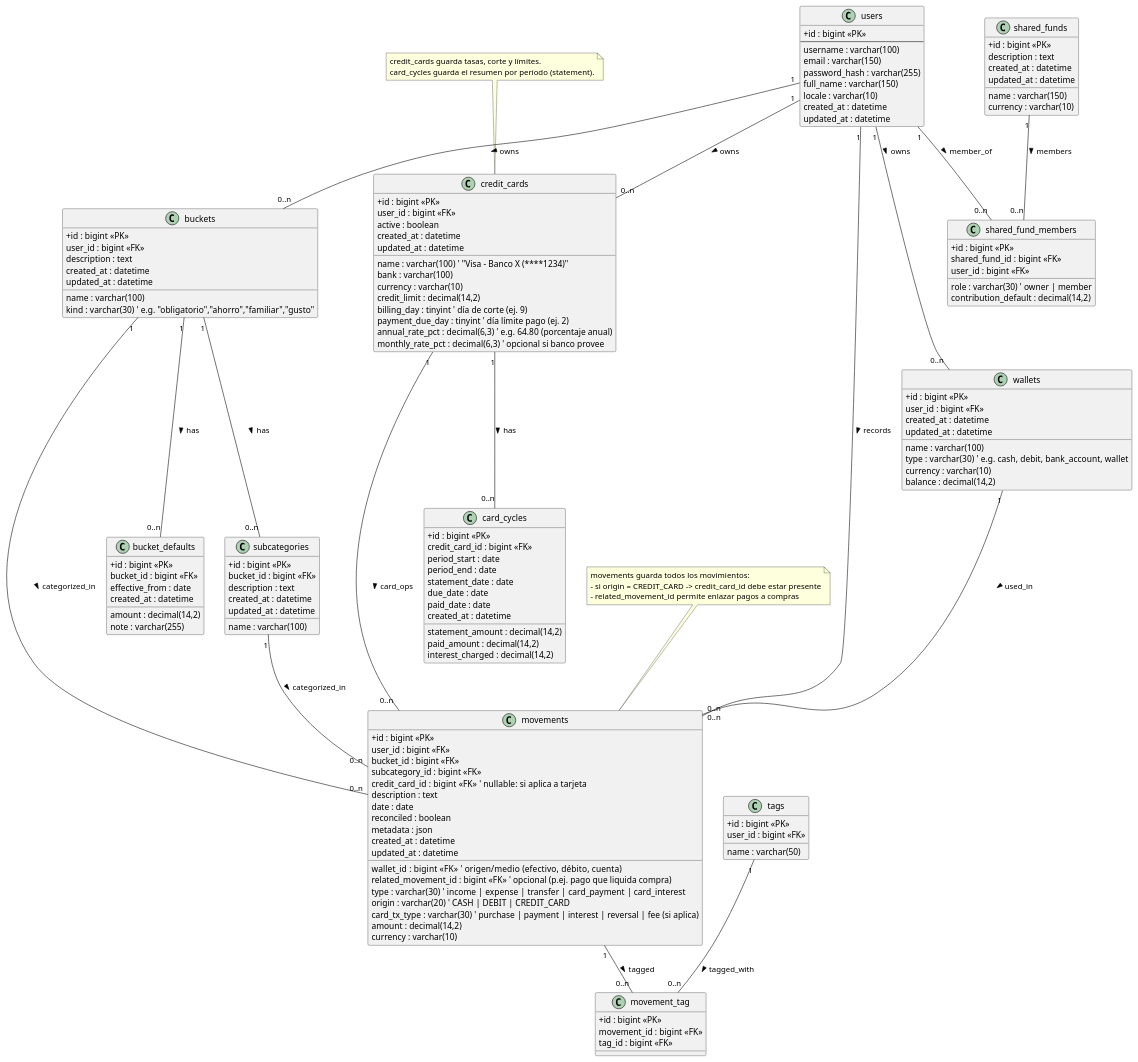
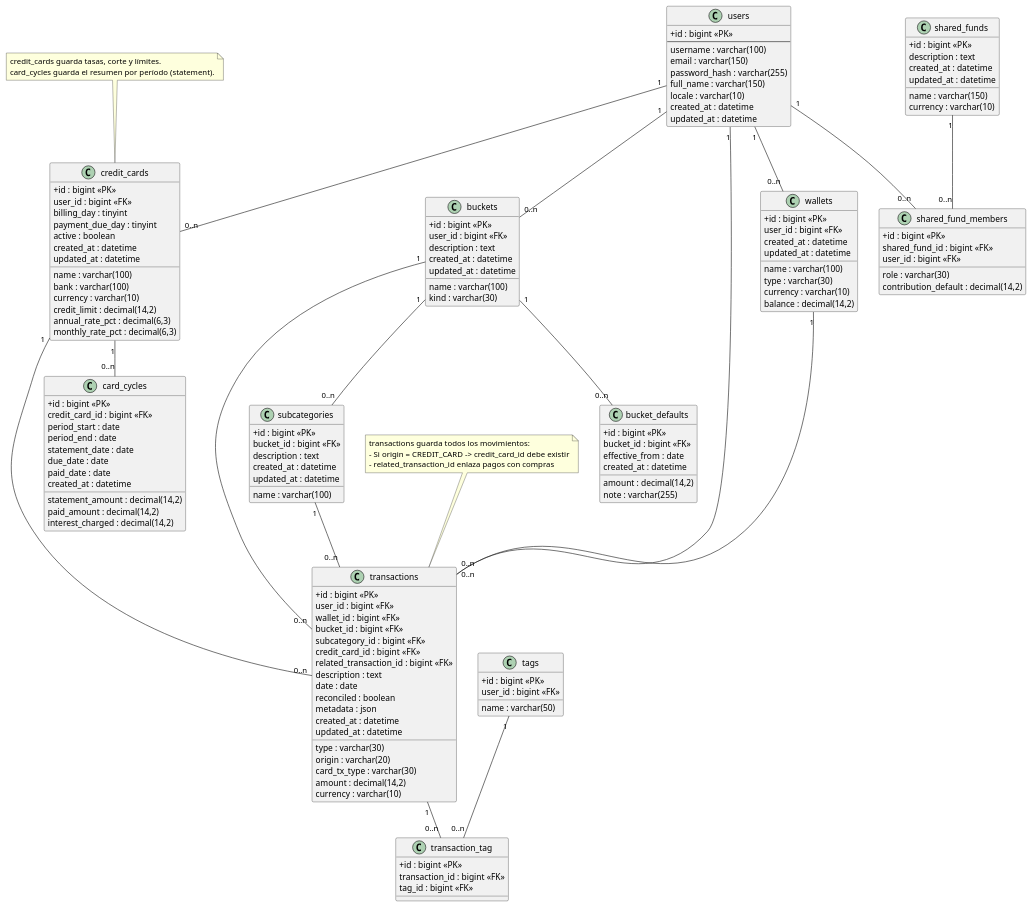
The diagram in docs/simple-financial-management/ER.plantuml (JuanVicGT/Laravel_roles), drawn with PlantUML before and after one commit. The commit also changed 1 other file, not shown here.

```diff
--- a/docs/simple-financial-management/ER.plantuml
+++ b/docs/simple-financial-management/ER.plantuml
@@ -1,174 +1,173 @@
-@startuml
-' Entity style
+@startuml "test"
 skinparam classAttributeIconSize 0
 
 ' Users
 class users {
     + id : bigint <<PK>>
     --
     username : varchar(100)
     email : varchar(150)
     password_hash : varchar(255)
     full_name : varchar(150)
     locale : varchar(10)
     created_at : datetime
     updated_at : datetime
 }
 
-' Wallet / billetera (efectivo, débito, cuentas)
+' Wallet / cuentas (efectivo, débito, banco)
 class wallets {
     + id : bigint <<PK>>
     user_id : bigint <<FK>>
     name : varchar(100)
-    type : varchar(30)  ' e.g. cash, debit, bank_account, wallet
+    type : varchar(30)
     currency : varchar(10)
     balance : decimal(14,2)
     created_at : datetime
     updated_at : datetime
 }
 
-' Buckets principales (Obligatorio, Fondo Familiar, Ahorro, etc)
+' Buckets
 class buckets {
     + id : bigint <<PK>>
     user_id : bigint <<FK>>
     name : varchar(100)
     description : text
-    kind : varchar(30) ' e.g. "obligatorio","ahorro","familiar","gusto"
+    kind : varchar(30)
     created_at : datetime
     updated_at : datetime
 }
 
-' Historico de defaults por bucket
+' Bucket defaults
 class bucket_defaults {
     + id : bigint <<PK>>
     bucket_id : bigint <<FK>>
     effective_from : date
     amount : decimal(14,2)
     note : varchar(255)
     created_at : datetime
 }
 
-' Subcategorías vinculadas a buckets
+' Subcategories
 class subcategories {
     + id : bigint <<PK>>
     bucket_id : bigint <<FK>>
     name : varchar(100)
     description : text
     created_at : datetime
     updated_at : datetime
 }
 
-' Movements (una sola tabla para todo tipo de movimientos)
-class movements {
+' Transactions (antes movements) una sola tabla para todo tipo de movimientos
+class transactions {
     + id : bigint <<PK>>
     user_id : bigint <<FK>>
-    wallet_id : bigint <<FK>>    ' origen/medio (efectivo, débito, cuenta)
+    wallet_id : bigint <<FK>>
     bucket_id : bigint <<FK>>
     subcategory_id : bigint <<FK>>
-    credit_card_id : bigint <<FK>>  ' nullable: si aplica a tarjeta
-    related_movement_id : bigint <<FK>> ' opcional (p.ej. pago que liquida compra)
-    type : varchar(30)  ' income | expense | transfer | card_payment | card_interest
-    origin : varchar(20) ' CASH | DEBIT | CREDIT_CARD
-    card_tx_type : varchar(30) ' purchase | payment | interest | reversal | fee (si aplica)
+    credit_card_id : bigint <<FK>>
+    related_transaction_id : bigint <<FK>>
+    type : varchar(30)
+    origin : varchar(20)
+    card_tx_type : varchar(30)
     amount : decimal(14,2)
     currency : varchar(10)
     description : text
     date : date
     reconciled : boolean
     metadata : json
     created_at : datetime
     updated_at : datetime
 }
 
-' Credit cards master
+' Credit cards
 class credit_cards {
     + id : bigint <<PK>>
     user_id : bigint <<FK>>
-    name : varchar(100) ' "Visa - Banco X (****1234)"
+    name : varchar(100)
     bank : varchar(100)
     currency : varchar(10)
     credit_limit : decimal(14,2)
-    billing_day : tinyint ' día de corte (ej. 9)
-    payment_due_day : tinyint ' día límite pago (ej. 2)
-    annual_rate_pct : decimal(6,3) ' e.g. 64.80 (porcentaje anual)
-    monthly_rate_pct : decimal(6,3) ' opcional si banco provee
+    billing_day : tinyint
+    payment_due_day : tinyint
+    annual_rate_pct : decimal(6,3)
+    monthly_rate_pct : decimal(6,3)
     active : boolean
     created_at : datetime
     updated_at : datetime
 }
 
-' Credit card cycles (opcional: para llevar cortes y saldos)
+' Card cycles
 class card_cycles {
     + id : bigint <<PK>>
     credit_card_id : bigint <<FK>>
     period_start : date
     period_end : date
     statement_amount : decimal(14,2)
     statement_date : date
     due_date : date
     paid_amount : decimal(14,2)
     paid_date : date
     interest_charged : decimal(14,2)
     created_at : datetime
 }
 
-' Tags (opcional para mejorar búsquedas)
+' Tags
 class tags {
     + id : bigint <<PK>>
     user_id : bigint <<FK>>
     name : varchar(50)
 }
 
-class movement_tag {
+class transaction_tag {
     + id : bigint <<PK>>
-    movement_id : bigint <<FK>>
+    transaction_id : bigint <<FK>>
     tag_id : bigint <<FK>>
 }
 
-' Shared/family wallets or group funds (opcional)
+' Shared funds
 class shared_funds {
     + id : bigint <<PK>>
     name : varchar(150)
     description : text
     currency : varchar(10)
     created_at : datetime
     updated_at : datetime
 }
 
 class shared_fund_members {
     + id : bigint <<PK>>
     shared_fund_id : bigint <<FK>>
     user_id : bigint <<FK>>
-    role : varchar(30) ' owner | member
+    role : varchar(30)
     contribution_default : decimal(14,2)
 }
 
 ' Relationships
-users "1" -- "0..n" wallets : owns >
-users "1" -- "0..n" buckets : owns >
-buckets "1" -- "0..n" bucket_defaults : has >
-buckets "1" -- "0..n" subcategories : has >
-users "1" -- "0..n" credit_cards : owns >
-credit_cards "1" -- "0..n" card_cycles : has >
-users "1" -- "0..n" movements : records >
-wallets "1" -- "0..n" movements : used_in >
-buckets "1" -- "0..n" movements : categorized_in >
-subcategories "1" -- "0..n" movements : categorized_in >
-credit_cards "1" -- "0..n" movements : card_ops >
-movements "1" -- "0..n" movement_tag : tagged >
-tags "1" -- "0..n" movement_tag : tagged_with >
-shared_funds "1" -- "0..n" shared_fund_members : members >
-users "1" -- "0..n" shared_fund_members : member_of >
+users "1" -- "0..n" wallets
+users "1" -- "0..n" buckets
+buckets "1" -- "0..n" bucket_defaults
+buckets "1" -- "0..n" subcategories
+users "1" -- "0..n" credit_cards
+credit_cards "1" -- "0..n" card_cycles
+users "1" -- "0..n" transactions
+wallets "1" -- "0..n" transactions
+buckets "1" -- "0..n" transactions
+subcategories "1" -- "0..n" transactions
+credit_cards "1" -- "0..n" transactions
+transactions "1" -- "0..n" transaction_tag
+tags "1" -- "0..n" transaction_tag
+shared_funds "1" -- "0..n" shared_fund_members
+users "1" -- "0..n" shared_fund_members
 
-note top of movements
-    movements guarda todos los movimientos:
-    - si origin = CREDIT_CARD -> credit_card_id debe estar presente
-    - related_movement_id permite enlazar pagos a compras
+note top of transactions
+    transactions guarda todos los movimientos:
+    - Si origin = CREDIT_CARD -> credit_card_id debe existir
+    - related_transaction_id enlaza pagos con compras
 end note
 
 note top of credit_cards
     credit_cards guarda tasas, corte y límites.
     card_cycles guarda el resumen por período (statement).
 end note
 
 @enduml
```
